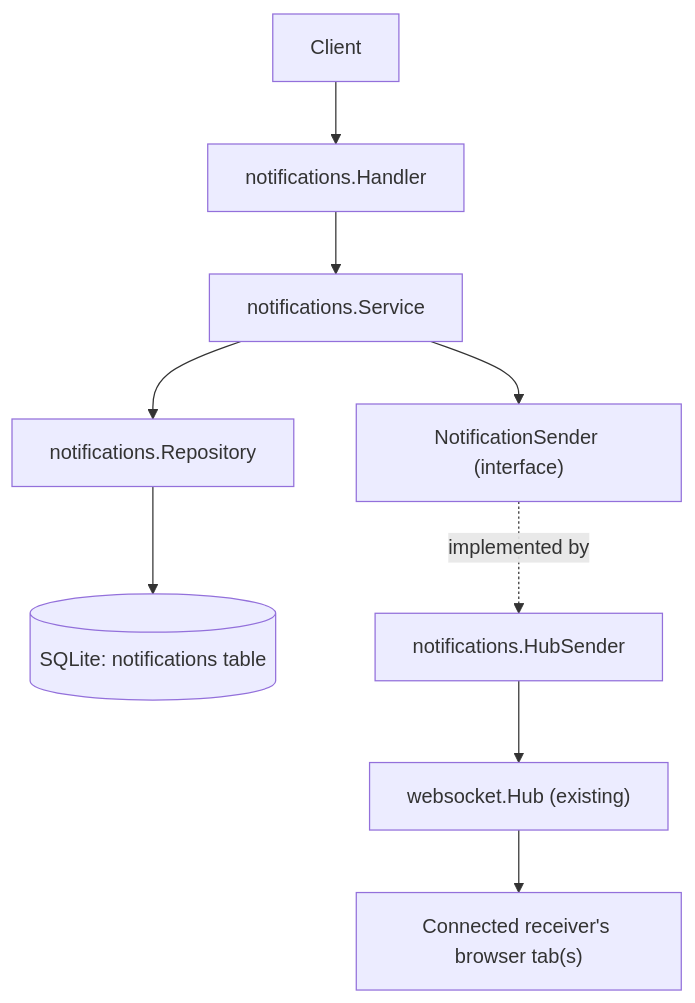
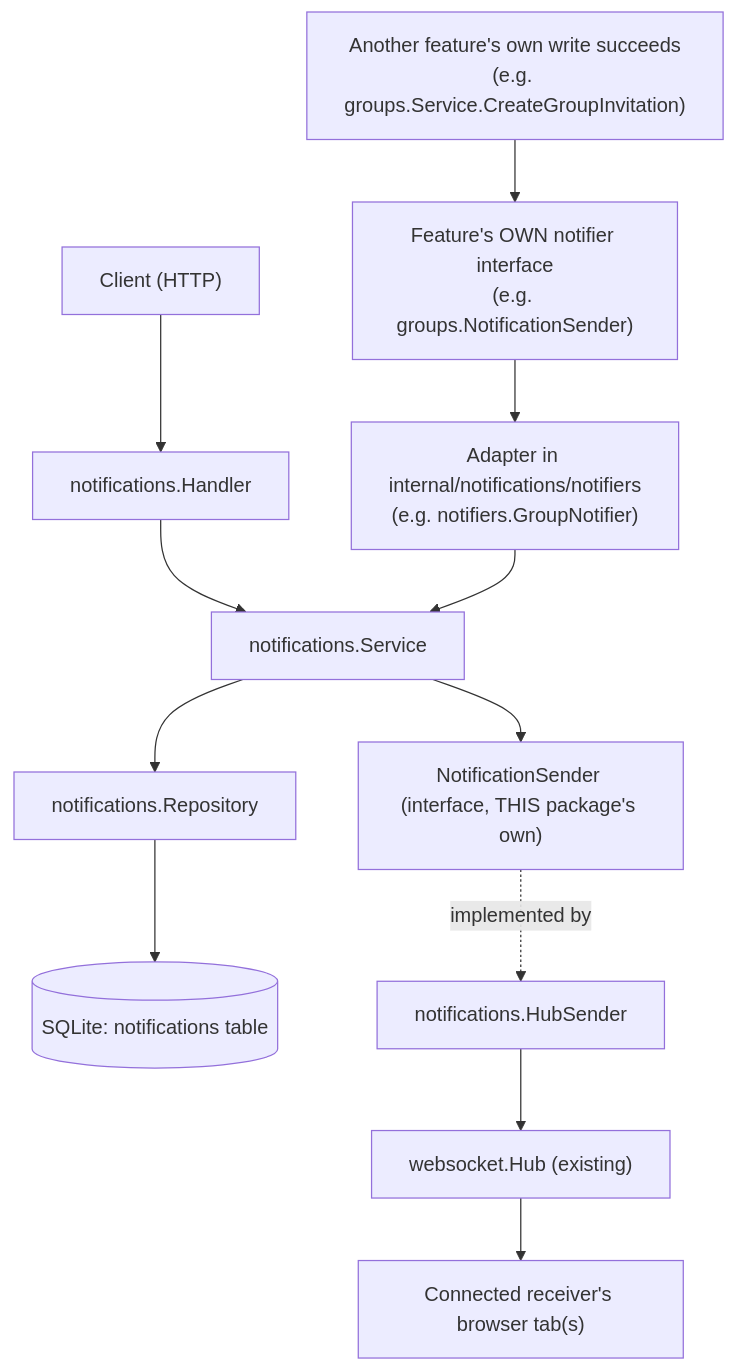
The diagram in docs/backend_docs/notifications.md (hussainhht/Spacial-Network), drawn with Mermaid before and after one commit. The commit also changed other lines of this file and 3 other files, not shown here.

Commit message:
docs(backend_docs/notifications.md): update to reflect current state of notifications system, add adapter pattern guide for new features

````diff
--- a/docs/backend_docs/notifications.md
+++ b/docs/backend_docs/notifications.md
@@ -71,12 +83,17 @@
 ```mermaid
 flowchart TD
-    Client["Client"] --> Handler["notifications.Handler"]
+    Client["Client (HTTP)"] --> Handler["notifications.Handler"]
     Handler --> Service["notifications.Service"]
+
+    FeatureAction["Another feature's own write succeeds\n(e.g. groups.Service.CreateGroupInvitation)"] --> FeatureNotifier["Feature's OWN notifier interface\n(e.g. groups.NotificationSender)"]
+    FeatureNotifier --> Adapter["Adapter in internal/notifications/notifiers\n(e.g. notifiers.GroupNotifier)"]
+    Adapter --> Service
+
     Service --> Repo["notifications.Repository"]
     Repo --> DB[("SQLite: notifications table")]
 
-    Service --> Sender["NotificationSender (interface)"]
+    Service --> Sender["NotificationSender (interface, THIS package's own)"]
     Sender -.implemented by.-> HubSender["notifications.HubSender"]
     HubSender --> Hub["websocket.Hub (existing)"]
     Hub --> Connected["Connected receiver's browser tab(s)"]
 ```
````
